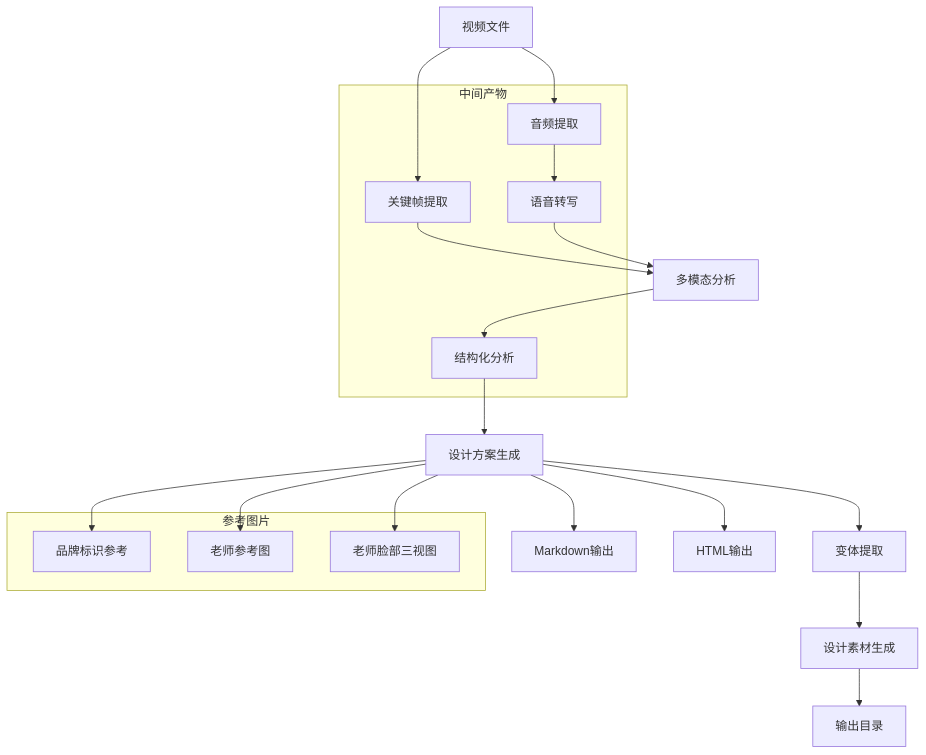
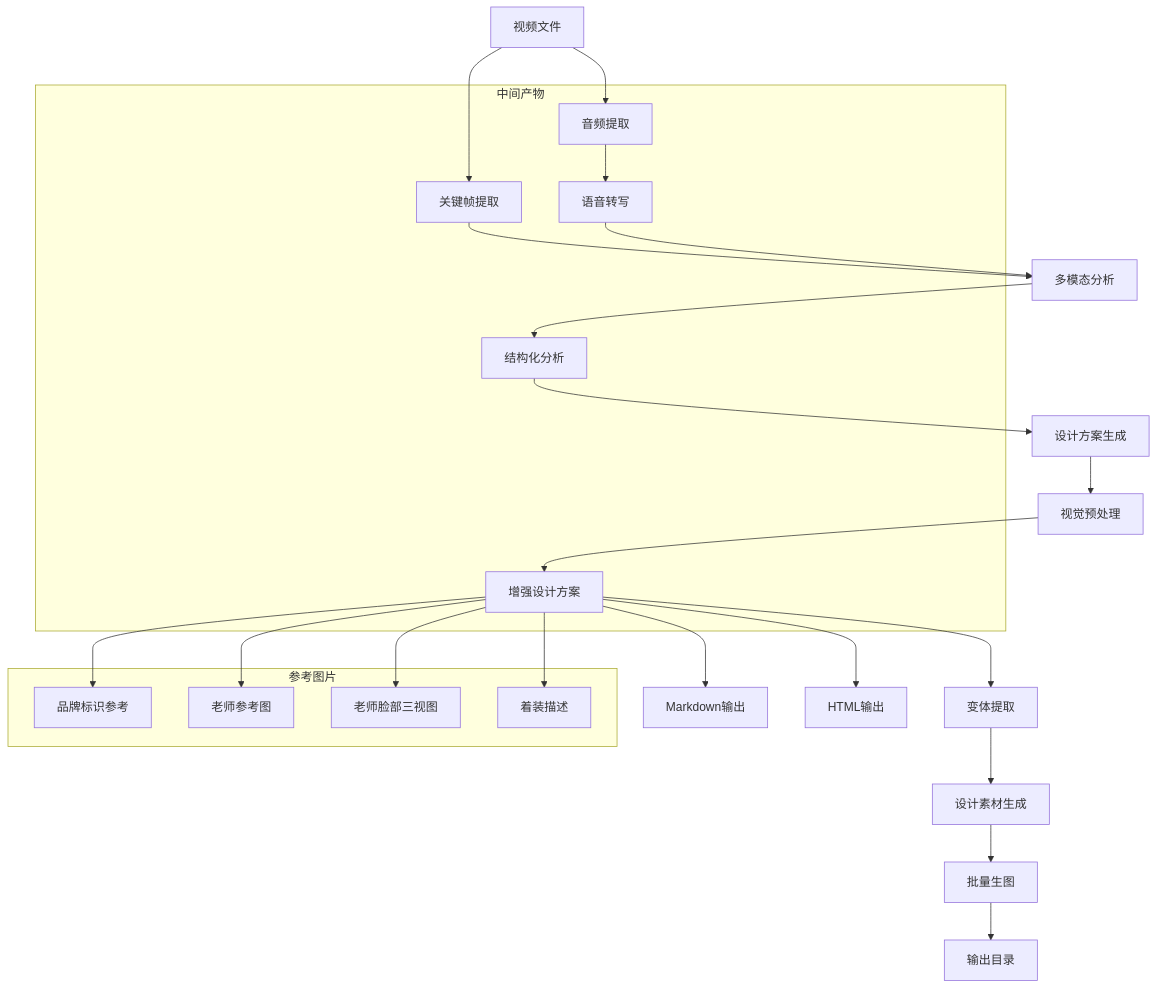
Before and after one commit to WongMingJiu/landingpage-test-hero-page: the third of 13 diagrams in .qoder/repowiki/zh/content/核心模块详解/方案生成模块.md, drawn with Mermaid. The commit also changed other lines of this file and 7 other files, not shown here.

````diff
--- a/.qoder/repowiki/zh/content/核心模块详解/方案生成模块.md
+++ b/.qoder/repowiki/zh/content/核心模块详解/方案生成模块.md
@@ -173,29 +205,35 @@
 ```mermaid
 flowchart TD
 Video[视频文件] --> Frames[关键帧提取]
 Video --> Audio[音频提取]
 Audio --> Transcript[语音转写]
 Frames --> MultiModal[多模态分析]
 Transcript --> MultiModal
 MultiModal --> Analysis[结构化分析]
 Analysis --> Design[设计方案生成]
-Design --> Markdown[Markdown输出]
-Design --> HTML[HTML输出]
-Design --> Variants[变体提取]
+Design --> VisualPreprocess[视觉预处理]
+VisualPreprocess --> EnhancedDesign[增强设计方案]
+EnhancedDesign --> Markdown[Markdown输出]
+EnhancedDesign --> HTML[HTML输出]
+EnhancedDesign --> Variants[变体提取]
 Variants --> DesignRefer[设计素材生成]
-DesignRefer --> Output[输出目录]
+DesignRefer --> BatchImages[批量生图]
+BatchImages --> Output[输出目录]
 subgraph "中间产物"
 Frames
 Audio
 Transcript
 Analysis
+EnhancedDesign
 end
 subgraph "参考图片"
 BrandRef[品牌标识参考]
 TeacherRef[老师参考图]
 FaceRefs[老师脸部三视图]
+OutfitDesc[着装描述]
 end
-Design --> BrandRef
-Design --> TeacherRef
-Design --> FaceRefs
+EnhancedDesign --> BrandRef
+EnhancedDesign --> TeacherRef
+EnhancedDesign --> FaceRefs
+EnhancedDesign --> OutfitDesc
 ```
````
